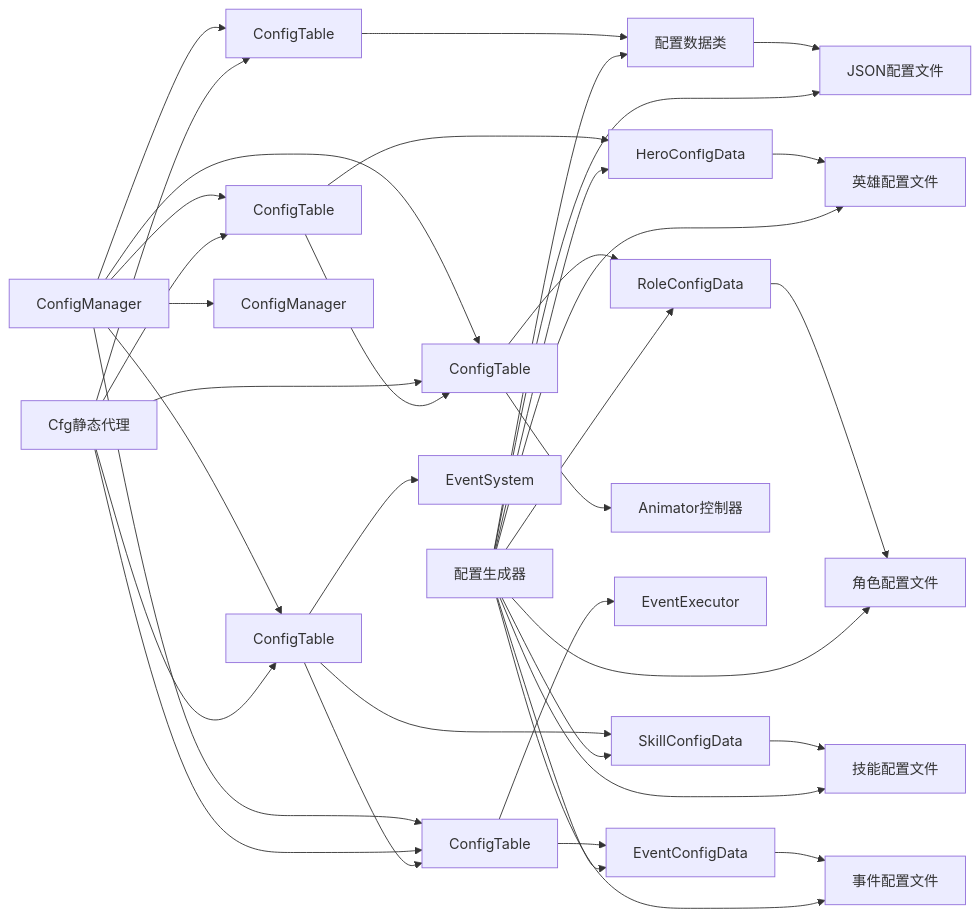
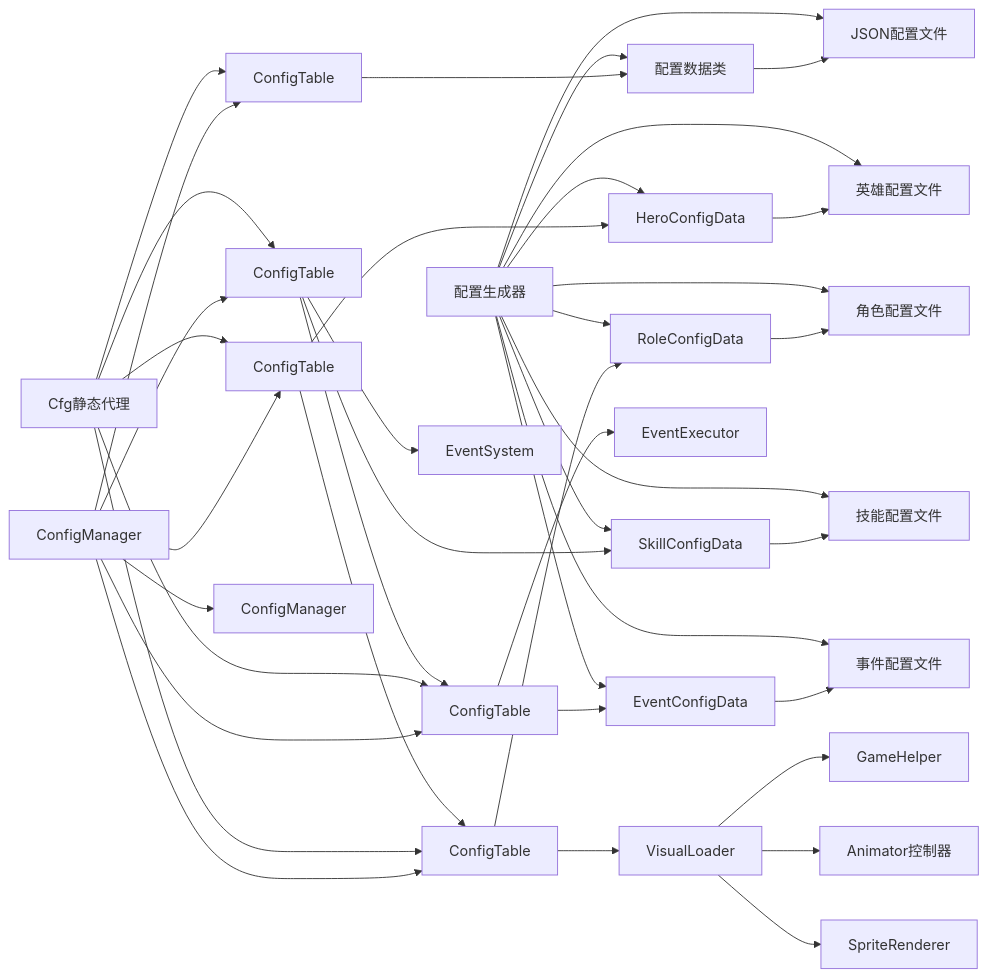
Before and after one commit to Tuusen/p1_client: the fourth of 4 diagrams in .qoder/repowiki/zh/content/配置管理系统/配置管理系统.md, drawn with Mermaid. The commit also changed other lines of this file and 5 other files, not shown here.

````diff
--- a/.qoder/repowiki/zh/content/配置管理系统/配置管理系统.md
+++ b/.qoder/repowiki/zh/content/配置管理系统/配置管理系统.md
@@ -1000,39 +1284,42 @@
 ```mermaid
 graph LR
 CM["ConfigManager"] --> CT["ConfigTable<T>"]
 CM --> HC["ConfigTable<HeroConfig>"]
 CM --> RC["ConfigTable<RoleConfig>"]
 CM --> SC["ConfigTable<SkillConfig>"]
 CM --> EC["ConfigTable<EventConfig>"]
 CM --> CMGR["ConfigManager"]
 CT --> Data["配置数据类"]
 HC --> HeroData["HeroConfigData"]
 RC --> RoleData["RoleConfigData"]
 SC --> SkillData["SkillConfigData"]
 EC --> EventData["EventConfigData"]
 CFG["Cfg静态代理"] --> CT
 CFG --> HC
 CFG --> RC
 CFG --> SC
 CFG --> EC
 Data --> JSON["JSON配置文件"]
 HeroData --> HeroJSON["英雄配置文件"]
 RoleData --> RoleJSON["角色配置文件"]
 SkillData --> SkillJSON["技能配置文件"]
 EventData --> EventJSON["事件配置文件"]
 GEN["配置生成器"] --> Data
 GEN --> HeroData
 GEN --> RoleData
 GEN --> SkillData
 GEN --> EventData
 GEN --> JSON
 GEN --> HeroJSON
 GEN --> RoleJSON
 GEN --> SkillJSON
 GEN --> EventJSON
 HC --> RC
 SC --> EC
-RC --> AC["Animator控制器"]
+RC --> VL["VisualLoader"]
+VL --> GH["GameHelper"]
+VL --> AC["Animator控制器"]
+VL --> SR["SpriteRenderer"]
 SC --> ES["EventSystem"]
 EC --> EE["EventExecutor"]
 ```
````
